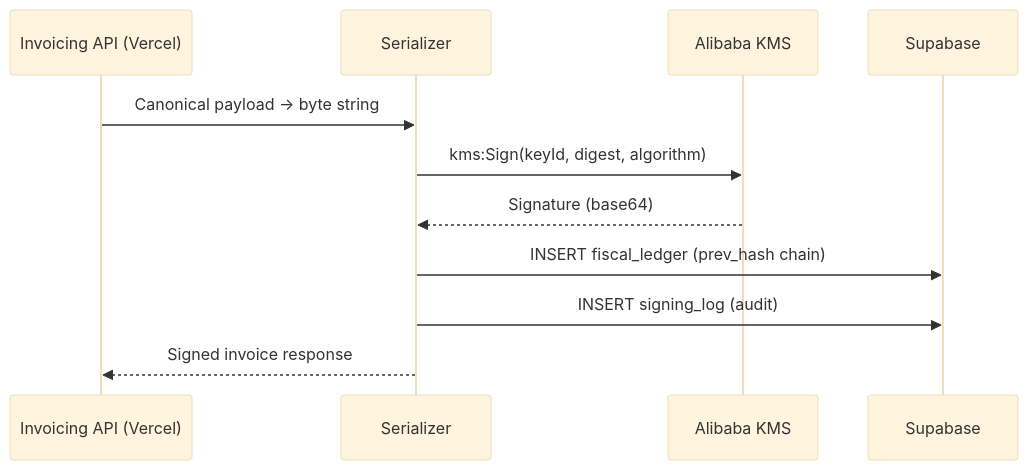
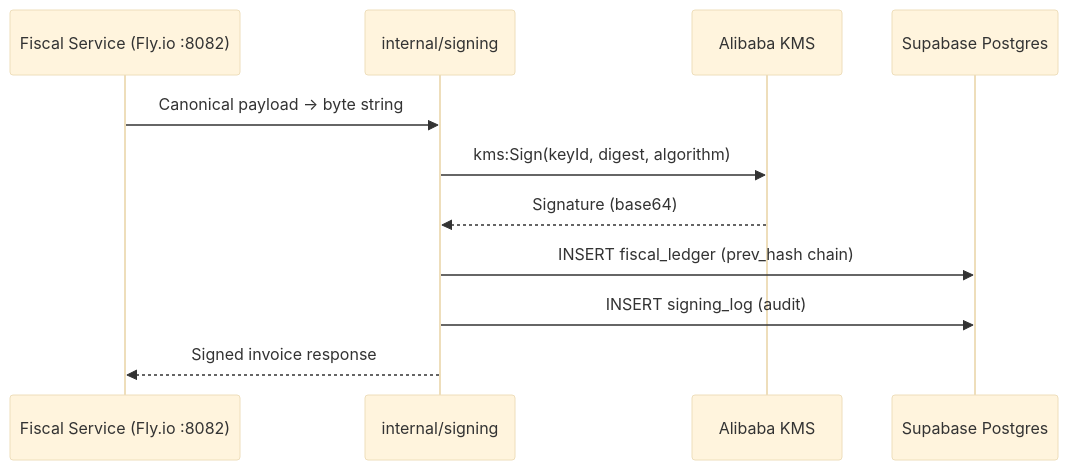
One commit to stalela/stalela-docs changed the third of 4 diagrams in docs/60-infra/free-stack.md. Above: the diagram before and after it, drawn with Mermaid (base theme). The commit also changed other lines of this file, not shown here.

First line of the commit message:
docs(infra): update free-stack architecture for Go-only platform

````diff
--- a/docs/60-infra/free-stack.md
+++ b/docs/60-infra/free-stack.md
@@ -216,14 +199,14 @@
 ```mermaid
 sequenceDiagram
-    participant API as Invoicing API (Vercel)
-    participant SER as Serializer
+    participant API as Fiscal Service (Fly.io :8082)
+    participant SER as internal/signing
     participant KMS as Alibaba KMS
-    participant DB as Supabase
+    participant DB as Supabase Postgres
 
     API->>SER: Canonical payload → byte string
     SER->>KMS: kms:Sign(keyId, digest, algorithm)
     KMS-->>SER: Signature (base64)
     SER->>DB: INSERT fiscal_ledger (prev_hash chain)
     SER->>DB: INSERT signing_log (audit)
     SER-->>API: Signed invoice response
 ```
````
